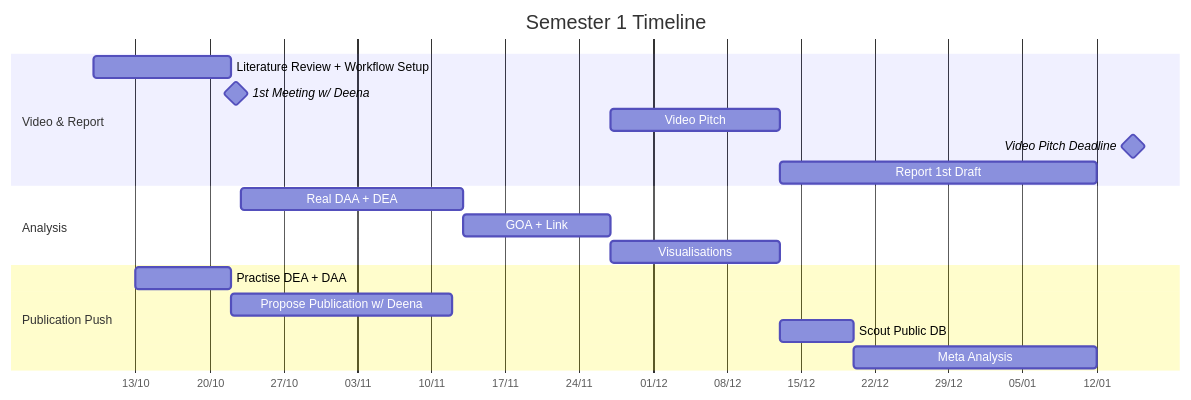
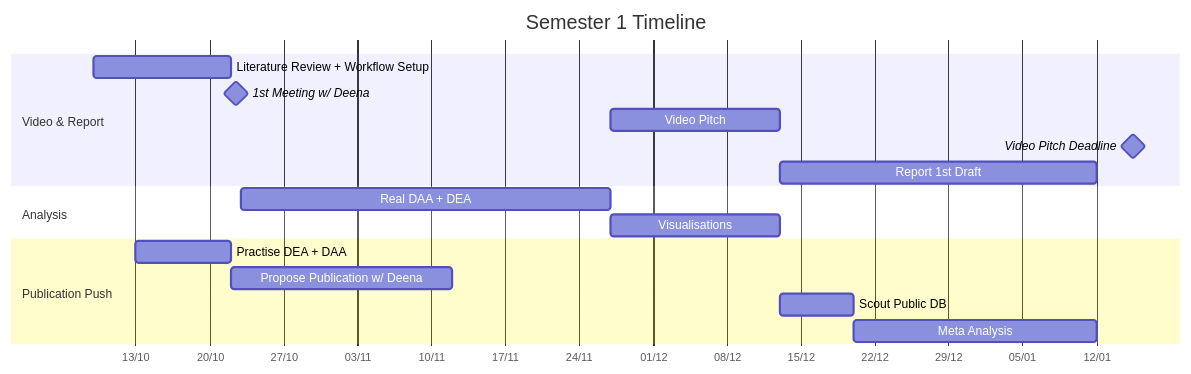
One commit to miguelalburo/gendoo_group changed the first of 2 diagrams in README.md. Above: the diagram before and after it, drawn with Mermaid.

Commit message:
Update project timeline and deadlines in README

````diff
--- a/README.md
+++ b/README.md
@@ -7,26 +7,25 @@
 ```mermaid
 gantt
     title Semester 1 Timeline
     dateFormat  DD-MM-YYYY
     axisFormat  %d/%m
     tickInterval 1week
     weekday monday
 
     section Video & Report
     Literature Review + Workflow Setup       :lit, 09-10-2025, 22-10-2025
     1st Meeting w/ Deena     :milestone, deena, 22-10-2025, 1d
-    Video Pitch              :pitch, after link, 13-12-2025
+    Video Pitch              :pitch, after real, 13-12-2025
     Video Pitch Deadline             :milestone, 15-01-2026, 1d
     Report 1st Draft         :after pitch, 12-01-2026
 
     section Analysis
-    Real DAA + DEA           :real, after deena, 3w
-    GOA + Link               :link, after real, 2w
-    Visualisations    :after link, 13-12-2025
+    Real DAA + DEA           :real, after deena, 5w
+    Visualisations    :after real, 13-12-2025
 
     section Publication Push
     Practise DEA + DAA                 :practise, 13-10-2025, 22-10-2025
     Propose Publication w/ Deena      :proposal, after practise, 3w
     Scout Public DB          :db, after pitch, 1w
     Meta Analysis            :meta, after db, 12-01-2026
 ```
````
